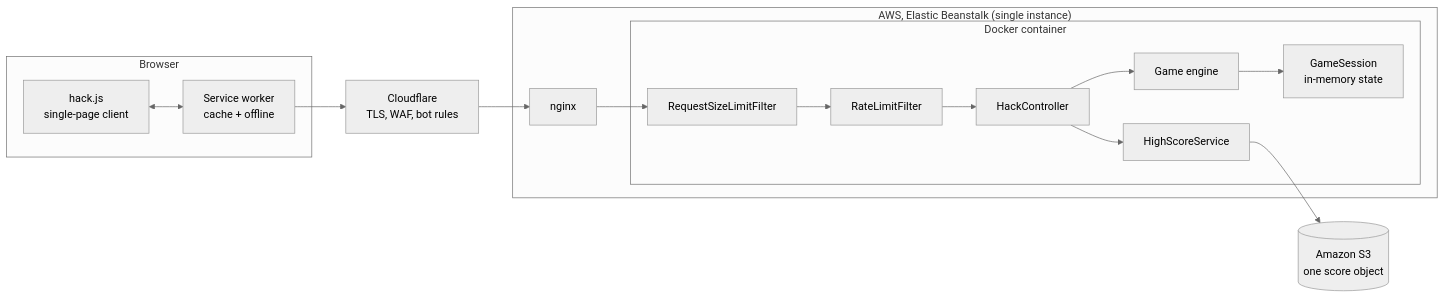
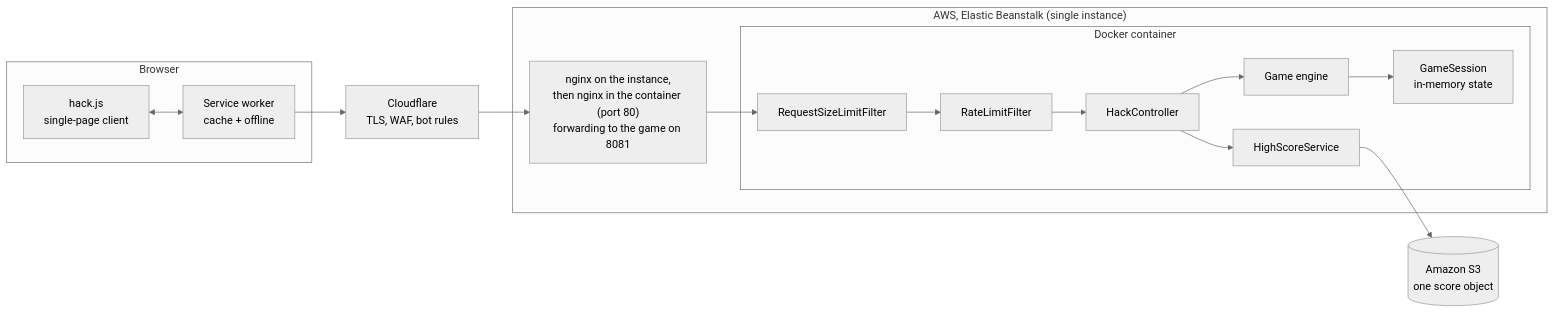
The third of 4 diagrams in docs/architecture-flow.md (roncproject/ruhrohgue), drawn with Mermaid (neutral theme) before and after one commit. The commit also changed 2 other files, not shown here.

Commit message:
Docs: describe the Multideplo packaging and the demo seed
Production runs the image built by the separate Multideplo repository
(Corretto + nginx, game on 8081, container port 80, fixed seed 20), not
this repository's Dockerfile/Procfile. Correct the hosting, deployment
and diagram text accordingly.

````diff
--- a/docs/architecture-flow.md
+++ b/docs/architecture-flow.md
@@ -94,26 +94,26 @@
 ```mermaid
 flowchart LR
     subgraph Browser
         UI[hack.js<br/>single-page client]
         SW[Service worker<br/>cache + offline]
     end
     CF[Cloudflare<br/>TLS, WAF, bot rules]
     subgraph AWS["AWS, Elastic Beanstalk (single instance)"]
-        NG[nginx]
+        NG["nginx on the instance,<br/>then nginx in the container (port 80)<br/>forwarding to the game on 8081"]
         subgraph DC["Docker container"]
             F1[RequestSizeLimitFilter]
             F2[RateLimitFilter]
             C[HackController]
             E[Game engine]
             S[GameSession<br/>in-memory state]
             H[HighScoreService]
         end
     end
     S3[(Amazon S3<br/>one score object)]
 
     UI <--> SW
     SW --> CF
     CF --> NG --> F1 --> F2 --> C
     C --> E --> S
     C --> H --> S3
 ```
````
